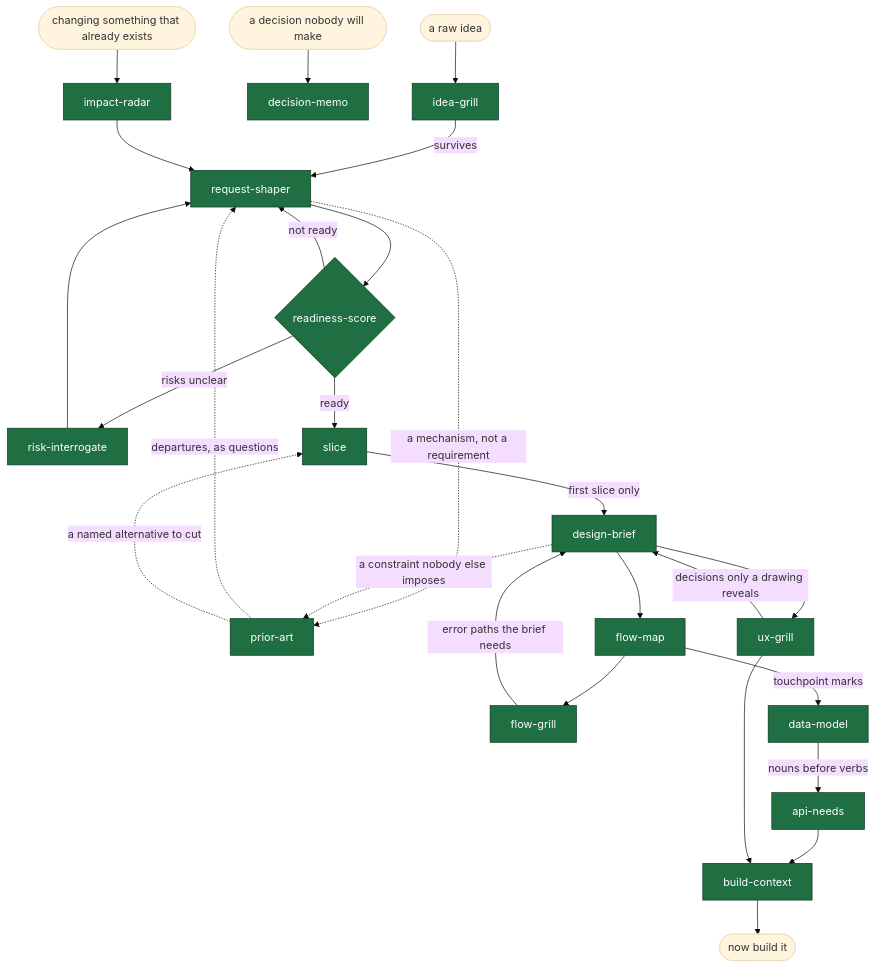
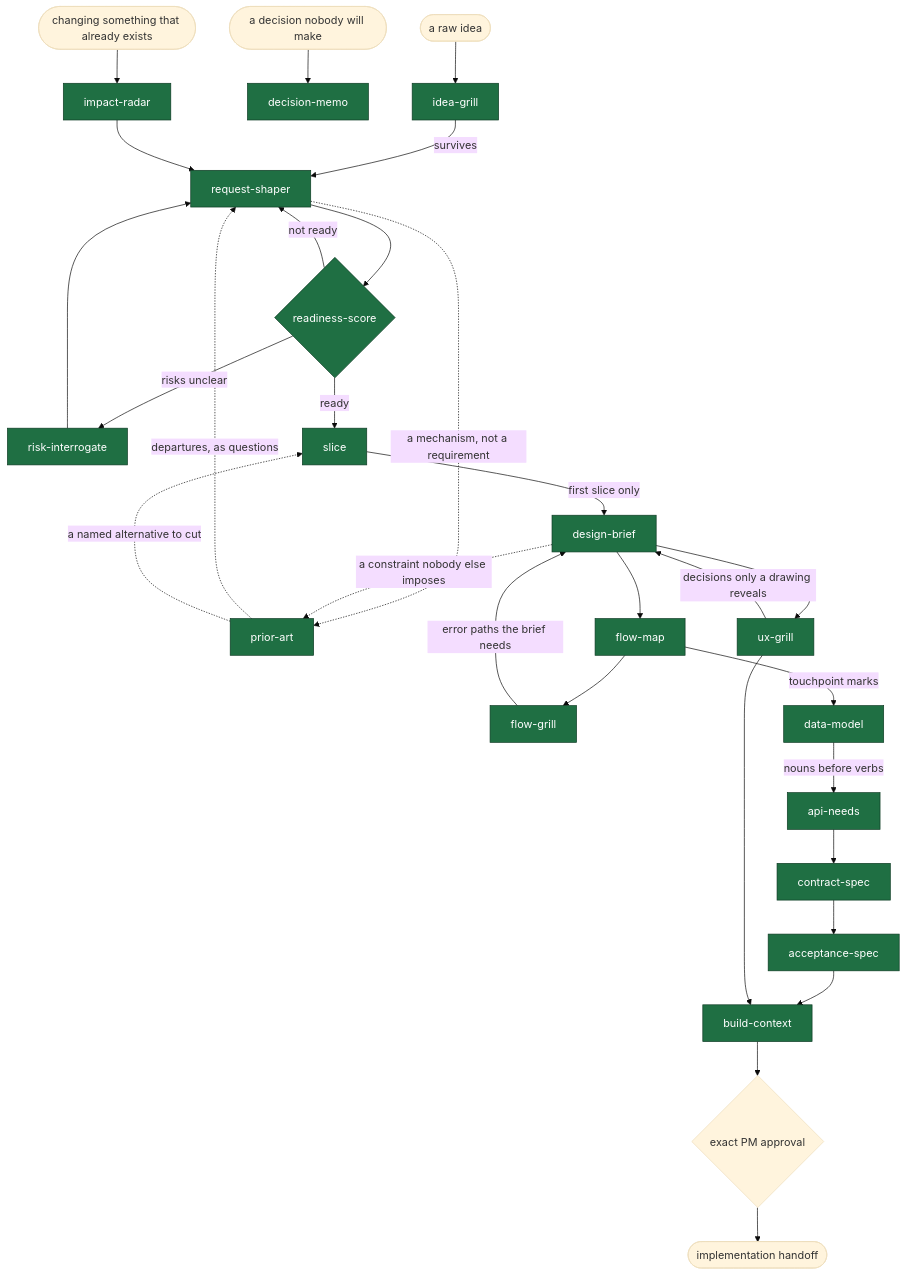
One commit to ratipcan-uysal/before-you-build changed the diagram in README.md. Above: the diagram before and after it, drawn with Mermaid (base theme). The commit also changed other lines of this file and 50 other files, not shown here.

First line of the commit message:
6.0.0 — acceptance and contract producers, managed final delivery

````diff
--- a/README.md
+++ b/README.md
@@ -50,32 +56,35 @@
 ```mermaid
 flowchart TD
     idea([a raw idea]) --> IG[idea-grill]
     IG -->|survives| RS[request-shaper]
     RS --> SC{readiness-score}
     SC -->|not ready| RS
     SC -->|risks unclear| RI[risk-interrogate]
     RI --> RS
     SC -->|ready| SL[slice]
     SL -->|first slice only| DB[design-brief]
     RS -.->|a mechanism, not a requirement| PA[prior-art]
     DB -.->|a constraint nobody else imposes| PA
     PA -.->|departures, as questions| RS
     PA -.->|a named alternative to cut| SL
     DB --> UX[ux-grill]
     UX -->|decisions only a drawing reveals| DB
     DB --> FM[flow-map]
     FM --> FG[flow-grill]
     FG -->|error paths the brief needs| DB
     FM -->|touchpoint marks| DMO[data-model]
     DMO -->|nouns before verbs| AN[api-needs]
-    AN --> BC[build-context]
+    AN --> CS[contract-spec]
+    CS --> AS[acceptance-spec]
+    AS --> BC[build-context]
     UX --> BC
-    BC --> out([now build it])
+    BC --> PM{exact PM approval}
+    PM --> out([implementation handoff])
     blocked([a decision nobody will make]) --> DM[decision-memo]
     change([changing something that already exists]) --> IR[impact-radar]
     IR --> RS
 
     classDef shipped fill:#1f6f43,stroke:#0d3a23,color:#fff
     classDef planned fill:#2b2b2b,stroke:#555,color:#bbb,stroke-dasharray:4 3
-    class IG,RS,SC,PA,SL,RI,DB,UX,FM,FG,DMO,AN,BC,IR,DM shipped
+    class IG,RS,SC,PA,SL,RI,DB,UX,FM,FG,DMO,AN,CS,AS,BC,IR,DM shipped
 ```
````
